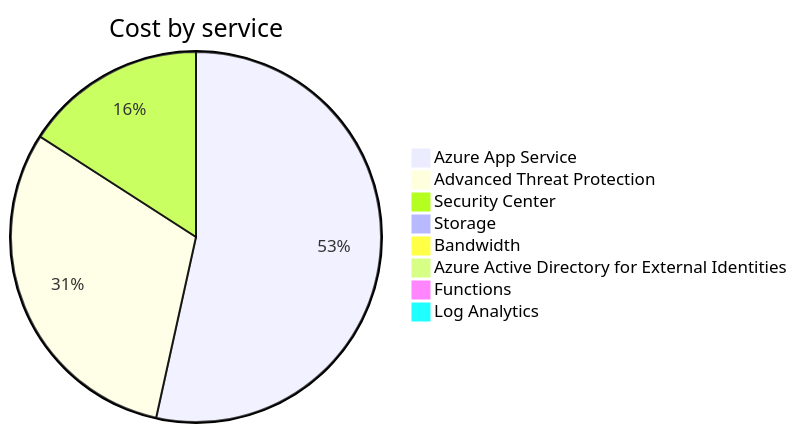
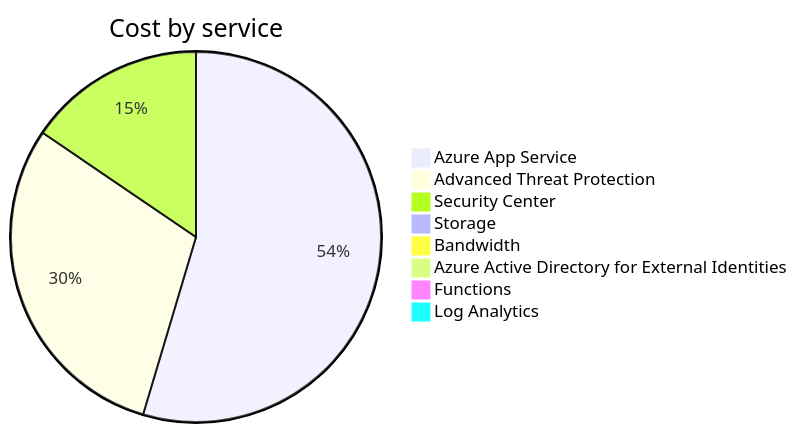
The second of 4 diagrams in cost-reports/personal-site/README.md (jpfulton/azure-personal-reports), drawn with Mermaid before and after one commit. The commit also changed other lines of this file and 7 other files, not shown here.

````diff
--- a/cost-reports/personal-site/README.md
+++ b/cost-reports/personal-site/README.md
@@ -100,12 +100,12 @@
 ```mermaid
 pie
    title Cost by service
-   "Azure App Service" : 12.38
+   "Azure App Service" : 12.97
    "Advanced Threat Protection" : 7.10
    "Security Center" : 3.68
-   "Storage" : 0.07
+   "Storage" : 0.08
    "Bandwidth" : 0.00
    "Azure Active Directory for External Identities" : 0.00
    "Functions" : 0.00
    "Log Analytics" : 0.00
 ```
````
